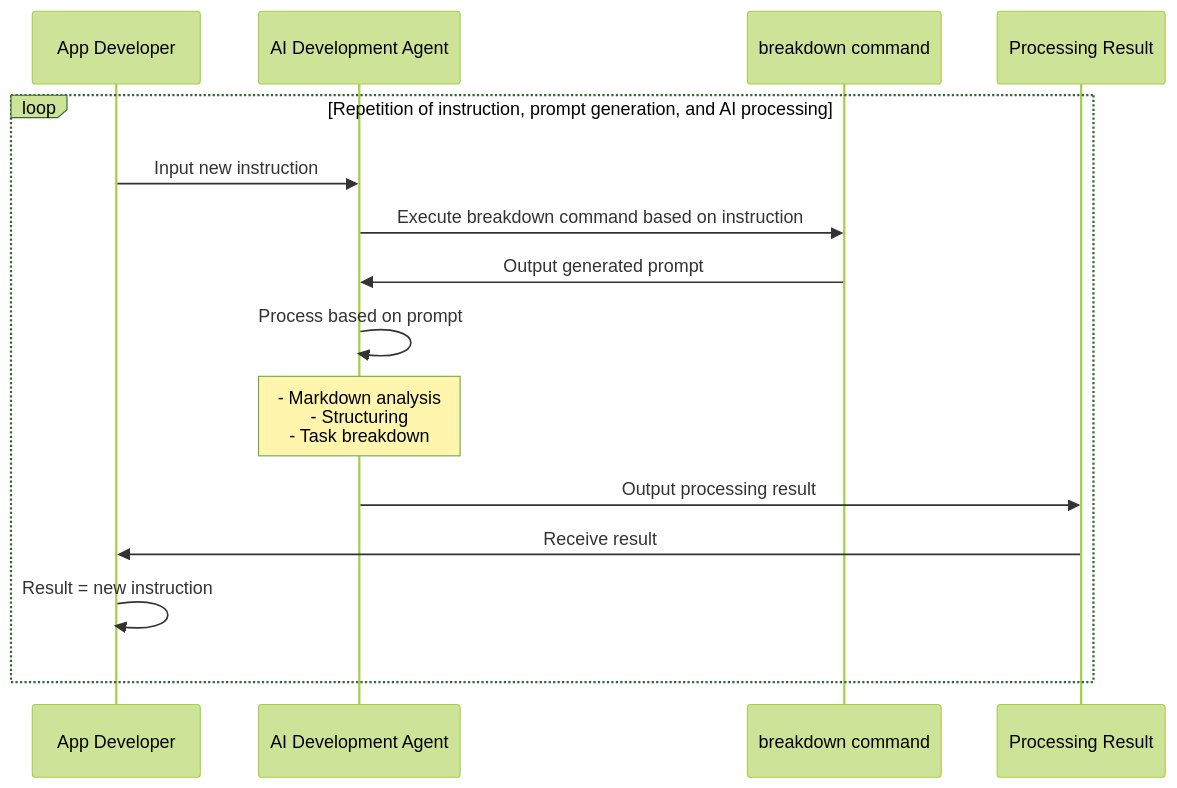
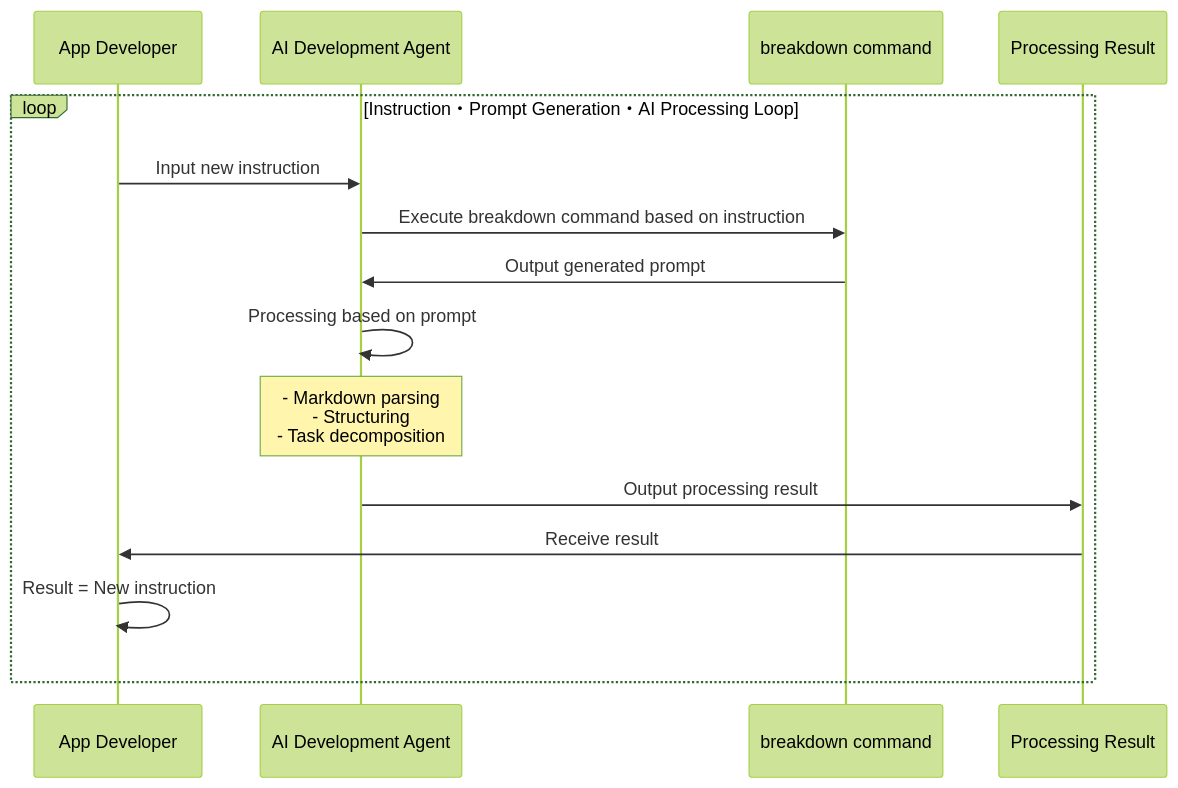
Before and after one commit to tettuan/breakdown: the second of 2 diagrams in docs/index.md, drawn with Mermaid (forest theme). The commit also changed other lines of this file and 51 other files, not shown here.

````diff
--- a/docs/index.md
+++ b/docs/index.md
@@ -56,18 +58,18 @@
 ```mermaid
 sequenceDiagram
   participant Developer as App Developer
   participant AI as AI Development Agent
   participant Breakdown as breakdown command
   participant Result as Processing Result
 
-  loop Repetition of instruction, prompt generation, and AI processing
+  loop Instruction・Prompt Generation・AI Processing Loop
     Developer->>AI: Input new instruction
     AI->>Breakdown: Execute breakdown command based on instruction
     Breakdown->>AI: Output generated prompt
-    AI->>AI: Process based on prompt
-    Note over AI: - Markdown analysis<br>- Structuring<br>- Task breakdown
+    AI->>AI: Processing based on prompt
+    Note over AI: - Markdown parsing<br>- Structuring<br>- Task decomposition
     AI->>Result: Output processing result
     Result->>Developer: Receive result
-    Developer->>Developer: Result = new instruction
+    Developer->>Developer: Result = New instruction
   end
 ```
````
